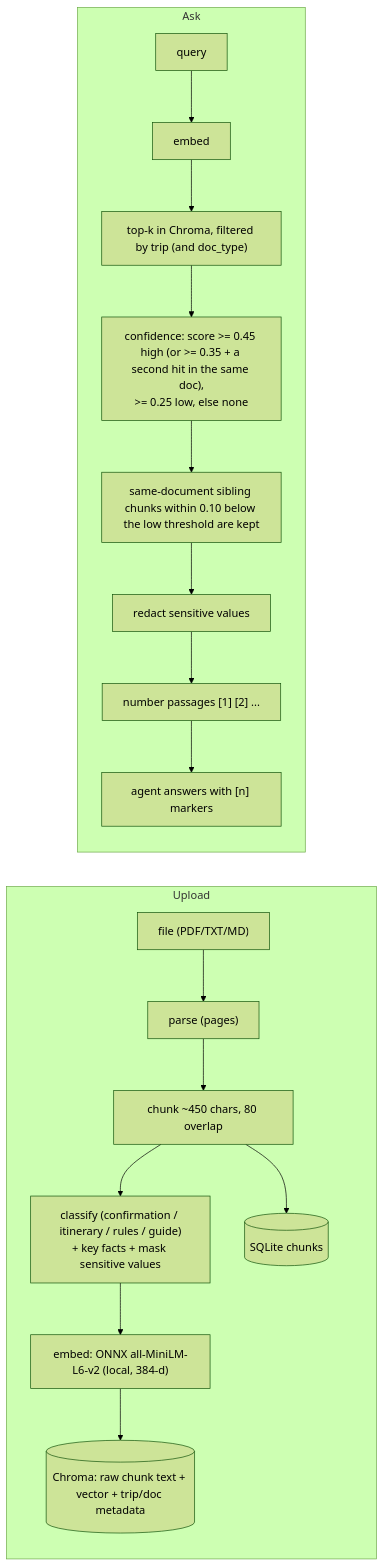
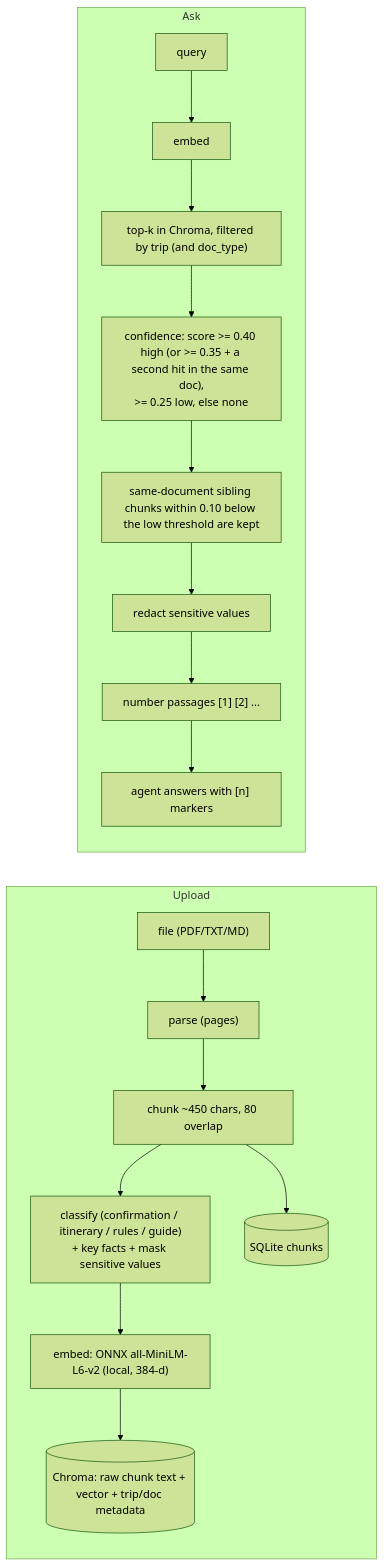
Before and after one commit to nitbaby/trip-mate: the third of 3 diagrams in docs/ARCHITECTURE.md, drawn with Mermaid (forest theme). The commit also changed 13 other files, not shown here.

````diff
--- a/docs/ARCHITECTURE.md
+++ b/docs/ARCHITECTURE.md
@@ -101,14 +101,14 @@
 ```mermaid
 flowchart LR
   subgraph Upload
     F["file (PDF/TXT/MD)"] --> Pa["parse (pages)"] --> Ch["chunk ~450 chars, 80 overlap"] --> Cl["classify (confirmation / itinerary / rules / guide)<br/>+ key facts + mask sensitive values"]
     Cl --> Em["embed: ONNX all-MiniLM-L6-v2 (local, 384-d)"] --> CHr[("Chroma: raw chunk text + vector + trip/doc metadata")]
     Ch --> Sq[("SQLite chunks")]
   end
   subgraph Ask
     Qe["query"] --> Eq["embed"] --> Kn["top-k in Chroma, filtered by trip (and doc_type)"]
-    Kn --> Cf["confidence: score >= 0.45 high (or >= 0.35 + a second hit in the same doc),<br/>>= 0.25 low, else none"]
+    Kn --> Cf["confidence: score >= 0.40 high (or >= 0.35 + a second hit in the same doc),<br/>>= 0.25 low, else none"]
     Cf --> Sib["same-document sibling chunks within 0.10 below the low threshold are kept"]
     Sib --> Rd["redact sensitive values"] --> Nm["number passages [1] [2] ..."] --> Ag["agent answers with [n] markers"]
   end
 ```
````
